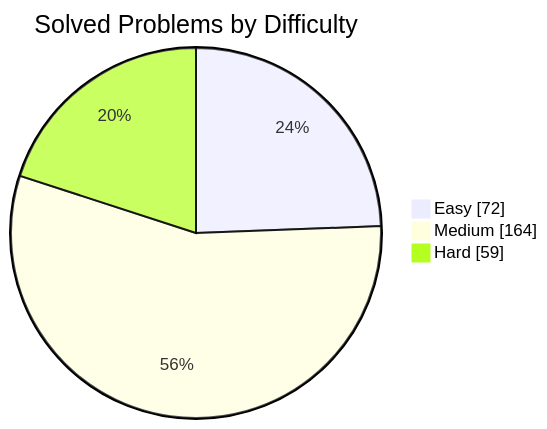
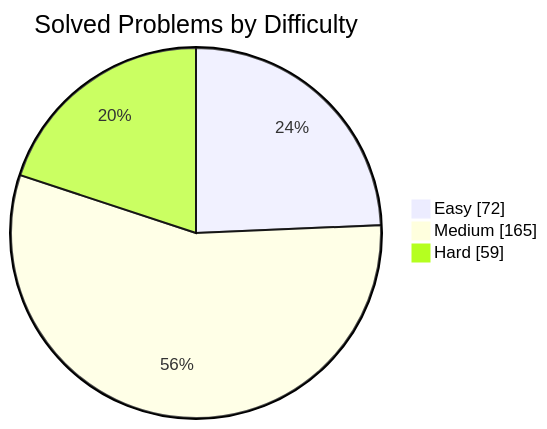
Before and after one commit to manikantbindass/DSA-Preparation-FAANG: the first of 2 diagrams in README.md, drawn with Mermaid. The commit also changed other lines of this file and 1 other file, not shown here.

````diff
--- a/README.md
+++ b/README.md
@@ -77,7 +77,7 @@
 ```mermaid
 pie showData
     title Solved Problems by Difficulty
     "Easy" : 72
-    "Medium" : 164
+    "Medium" : 165
     "Hard" : 59
 ```
````
